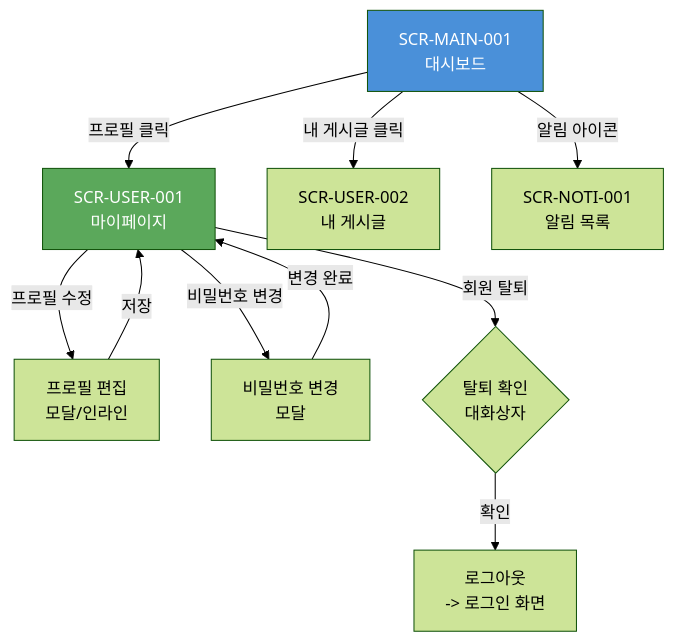
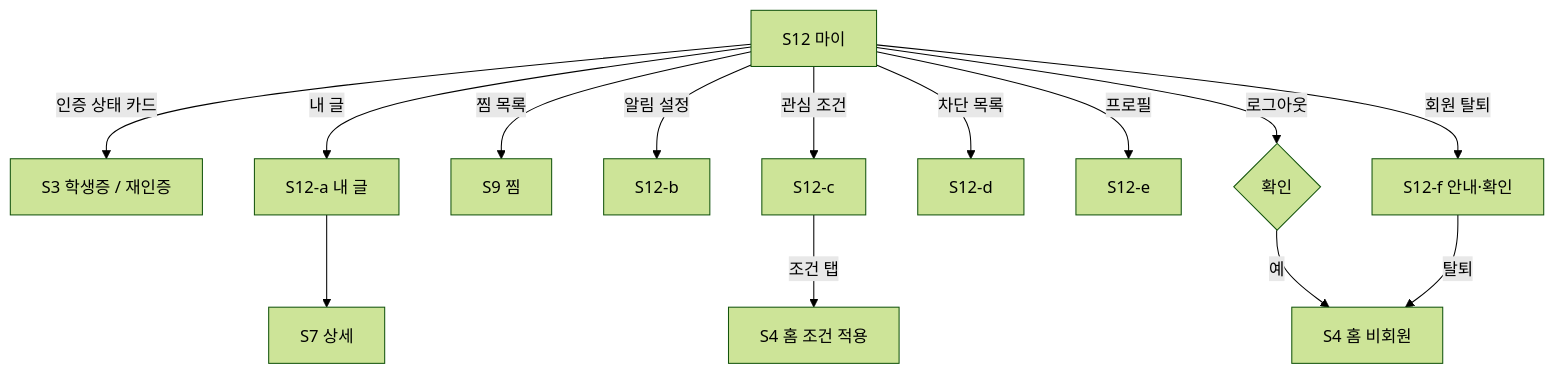
One commit to yuna14742/sookbak-sookbak changed the fourth of 4 diagrams in waterfall/02-시스템설계/화면설계서.md. Above: the diagram before and after it, drawn with Mermaid (forest theme). The commit also changed other lines of this file and 2 other files, not shown here.

````diff
--- a/waterfall/02-시스템설계/화면설계서.md
+++ b/waterfall/02-시스템설계/화면설계서.md
@@ -138,17 +206,12 @@
 ```mermaid
 flowchart TD
-    DASHBOARD[SCR-MAIN-001<br/>대시보드] -->|프로필 클릭| PROFILE[SCR-USER-001<br/>마이페이지]
-    DASHBOARD -->|내 게시글 클릭| MY_POSTS[SCR-USER-002<br/>내 게시글]
-    DASHBOARD -->|알림 아이콘| NOTI[SCR-NOTI-001<br/>알림 목록]
-
-    PROFILE -->|프로필 수정| PROFILE_EDIT[프로필 편집<br/>모달/인라인]
-    PROFILE -->|비밀번호 변경| PW_CHANGE[비밀번호 변경<br/>모달]
-    PROFILE -->|회원 탈퇴| WITHDRAW{탈퇴 확인<br/>대화상자}
-
-    PROFILE_EDIT -->|저장| PROFILE
-    PW_CHANGE -->|변경 완료| PROFILE
-    WITHDRAW -->|확인| LOGOUT[로그아웃<br/>-> 로그인 화면]
-
-    style DASHBOARD fill:#4A90D9,color:#fff
-    style PROFILE fill:#5BA85B,color:#fff
+    S12[S12 마이] -->|인증 상태 카드| S3[S3 학생증 / 재인증]
+    S12 -->|내 글| S12A[S12-a 내 글] --> S7[S7 상세]
+    S12 -->|찜 목록| S9[S9 찜]
+    S12 -->|알림 설정| S12B[S12-b]
+    S12 -->|관심 조건| S12C[S12-c] -->|조건 탭| HOME[S4 홈 조건 적용]
+    S12 -->|차단 목록| S12D[S12-d]
+    S12 -->|프로필| S12E[S12-e]
+    S12 -->|로그아웃| CONFIRM1{확인} -->|예| HOMEG[S4 홈 비회원]
+    S12 -->|회원 탈퇴| S12F[S12-f 안내·확인] -->|탈퇴| HOMEG
 ```
````
